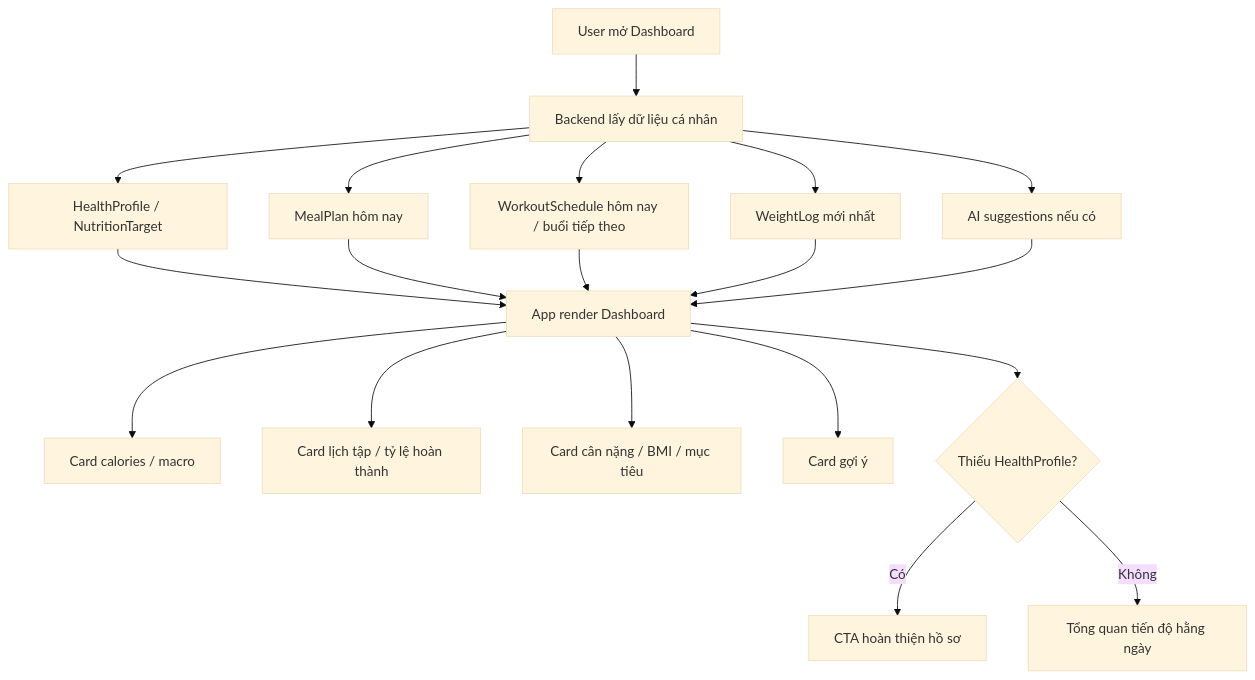
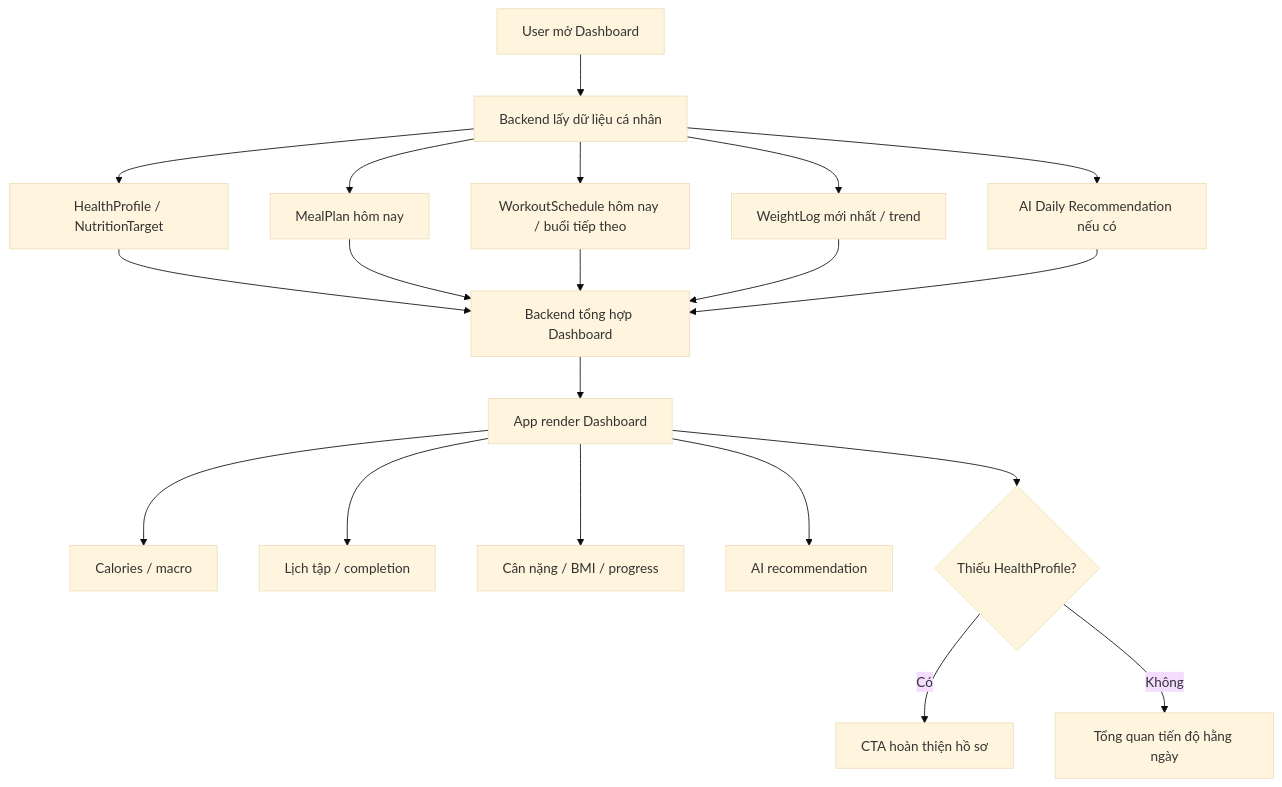
The fifth of 21 diagrams in docs/spec/bussiness_mainflow.md (tgiahuy/VieGym), drawn with Mermaid (base theme) before and after one commit. The commit also changed other lines of this file and 16 other files, not shown here.

````diff
--- a/docs/spec/bussiness_mainflow.md
+++ b/docs/spec/bussiness_mainflow.md
@@ -199,25 +322,27 @@
 ```mermaid
 flowchart TD
     Open[User mở Dashboard] --> Fetch[Backend lấy dữ liệu cá nhân]
 
     Fetch --> Health[HealthProfile / NutritionTarget]
     Fetch --> Meal[MealPlan hôm nay]
     Fetch --> Schedule[WorkoutSchedule hôm nay / buổi tiếp theo]
-    Fetch --> Weight[WeightLog mới nhất]
-    Fetch --> Suggest[AI suggestions nếu có]
+    Fetch --> Weight[WeightLog mới nhất / trend]
+    Fetch --> Recommendation[AI Daily Recommendation nếu có]
 
-    Health --> Render[App render Dashboard]
-    Meal --> Render
-    Schedule --> Render
-    Weight --> Render
-    Suggest --> Render
+    Health --> Aggregate[Backend tổng hợp Dashboard]
+    Meal --> Aggregate
+    Schedule --> Aggregate
+    Weight --> Aggregate
+    Recommendation --> Aggregate
 
-    Render --> NutritionCard[Card calories / macro]
-    Render --> WorkoutCard[Card lịch tập / tỷ lệ hoàn thành]
-    Render --> BodyCard[Card cân nặng / BMI / mục tiêu]
-    Render --> SuggestCard[Card gợi ý]
+    Aggregate --> Render[App render Dashboard]
+
+    Render --> NutritionCard[Calories / macro]
+    Render --> WorkoutCard[Lịch tập / completion]
+    Render --> BodyCard[Cân nặng / BMI / progress]
+    Render --> AICard[AI recommendation]
 
     Render --> Missing{Thiếu HealthProfile?}
     Missing -- Có --> CompleteProfile[CTA hoàn thiện hồ sơ]
     Missing -- Không --> DailyOverview[Tổng quan tiến độ hằng ngày]
 ```
````
